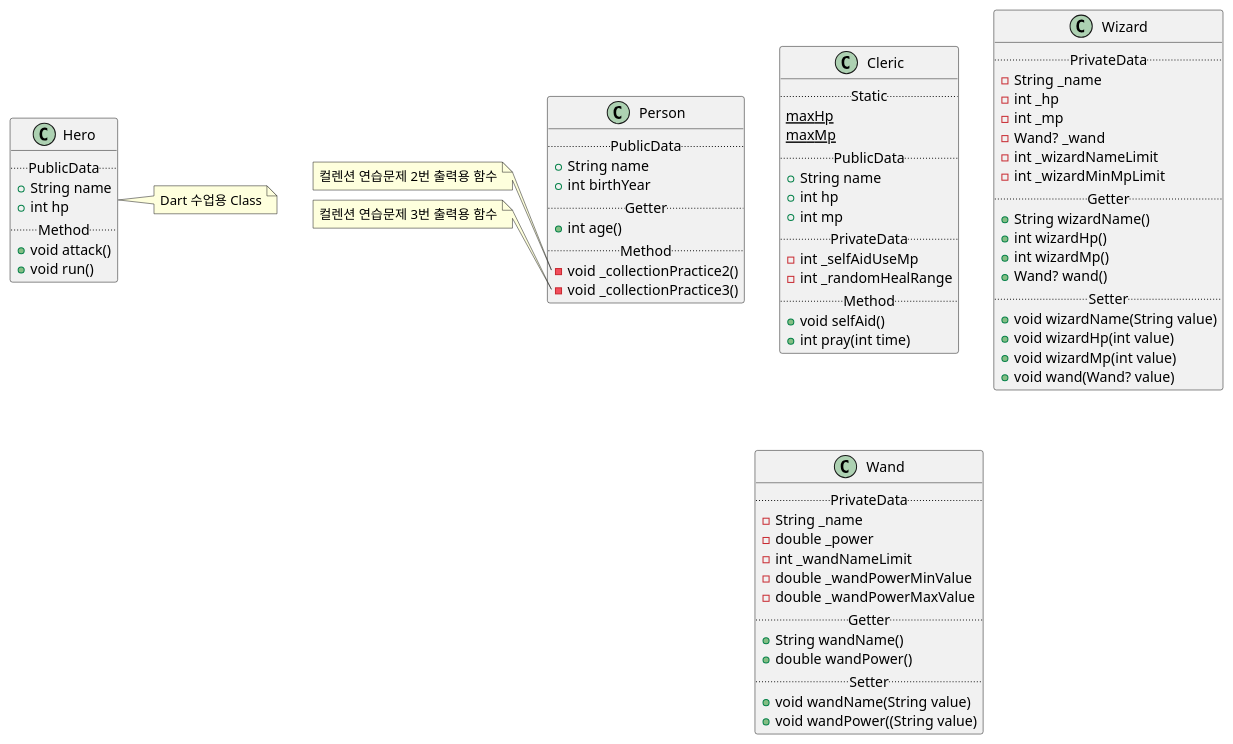
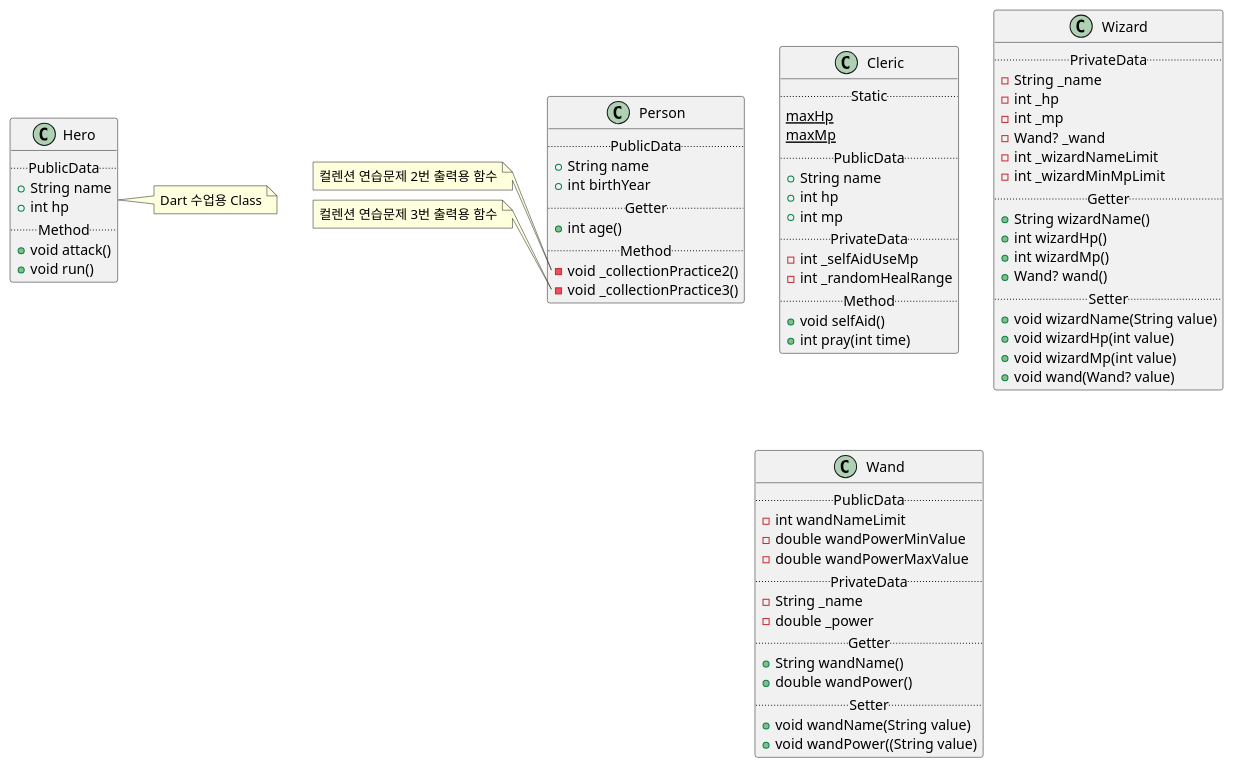
The diagram in lib/game.puml (SurvivalCodingCampus/sesac7_dart_study), drawn with PlantUML before and after one commit.

Commit message:
docs: game uml Wand Class wandNameLimit, wandPowerMinValue, wandPowerMaxValue public으로 수정

```diff
--- a/lib/game.puml
+++ b/lib/game.puml
@@ -1,82 +1,83 @@
 @startuml
 scale 1
 class Cleric {
     ..Static..
     {static} maxHp
     {static} maxMp
     ..PublicData..
     +String name
     +int hp
     +int mp
     ..PrivateData..
     -int _selfAidUseMp
     -int _randomHealRange
     ..Method..
     +void selfAid()
     +int pray(int time)
 }
 
 class Hero {
     ..PublicData..
     +String name
     +int hp
     ..Method..
     +void attack()
     +void run()
 }
 
 class Wizard {
     ..PrivateData..
     -String _name
     -int _hp
     -int _mp
     -Wand? _wand
     -int _wizardNameLimit
     -int _wizardMinMpLimit
     ..Getter..
     +String wizardName()
     +int wizardHp()
     +int wizardMp()
     +Wand? wand()
     ..Setter..
     +void wizardName(String value)
     +void wizardHp(int value)
     +void wizardMp(int value)
     +void wand(Wand? value)
 }
 
 class Wand {
+    ..PublicData..
+    -int wandNameLimit
+    -double wandPowerMinValue
+    -double wandPowerMaxValue
     ..PrivateData..
     -String _name
     -double _power
-    -int _wandNameLimit
-    -double _wandPowerMinValue
-    -double _wandPowerMaxValue
     ..Getter..
     +String wandName()
     +double wandPower()
     ..Setter..
     +void wandName(String value)
     +void wandPower((String value)
 }
 
 class Person {
     ..PublicData..
     +String name
     +int birthYear
     ..Getter..
     +int age()
     ..Method..
     -void _collectionPractice2()
     -void _collectionPractice3()
 }
 note right of Hero
     Dart 수업용 Class
 end note
 note left of Person::_collectionPractice2
     컬렌션 연습문제 2번 출력용 함수
 end note
 note left of Person::_collectionPractice3
     컬렌션 연습문제 3번 출력용 함수
 end note
 @enduml
```
